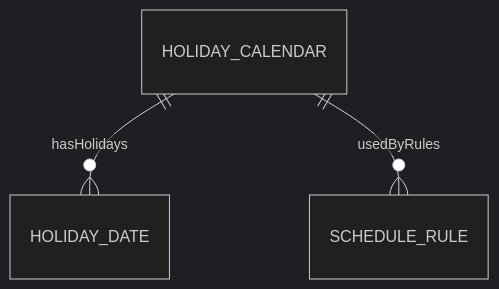
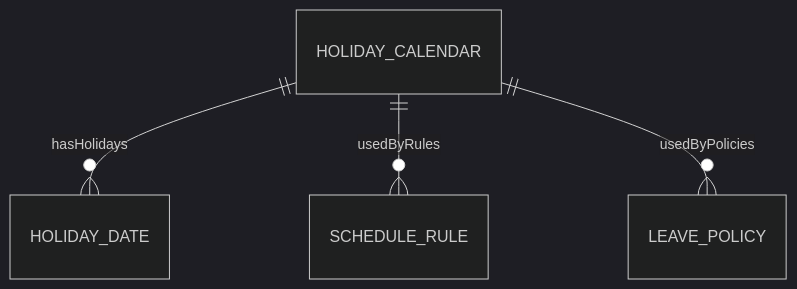
Before and after one commit to a4b-corporation/xTalent: the second of 4 diagrams in docs/01-modules/TA/00-ontology/domain/scheduling/holiday-calendar.onto.md, drawn with Mermaid (dark theme). The commit also changed other lines of this file and 12 other files, not shown here.

````diff
--- a/docs/01-modules/TA/00-ontology/domain/scheduling/holiday-calendar.onto.md
+++ b/docs/01-modules/TA/00-ontology/domain/scheduling/holiday-calendar.onto.md
@@ -123,5 +161,6 @@
 ```mermaid
 erDiagram
     HOLIDAY_CALENDAR ||--o{ HOLIDAY_DATE : "hasHolidays"
     HOLIDAY_CALENDAR ||--o{ SCHEDULE_RULE : "usedByRules"
+    HOLIDAY_CALENDAR ||--o{ LEAVE_POLICY : "usedByPolicies"
 ```
````
